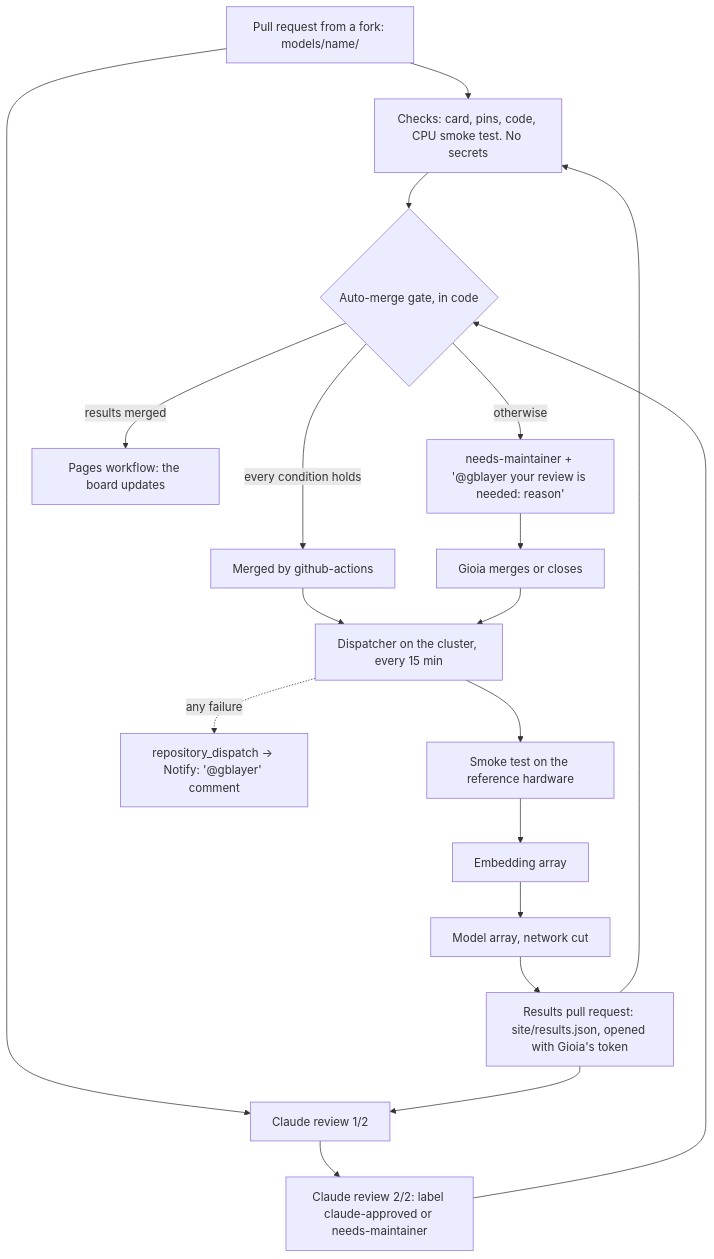
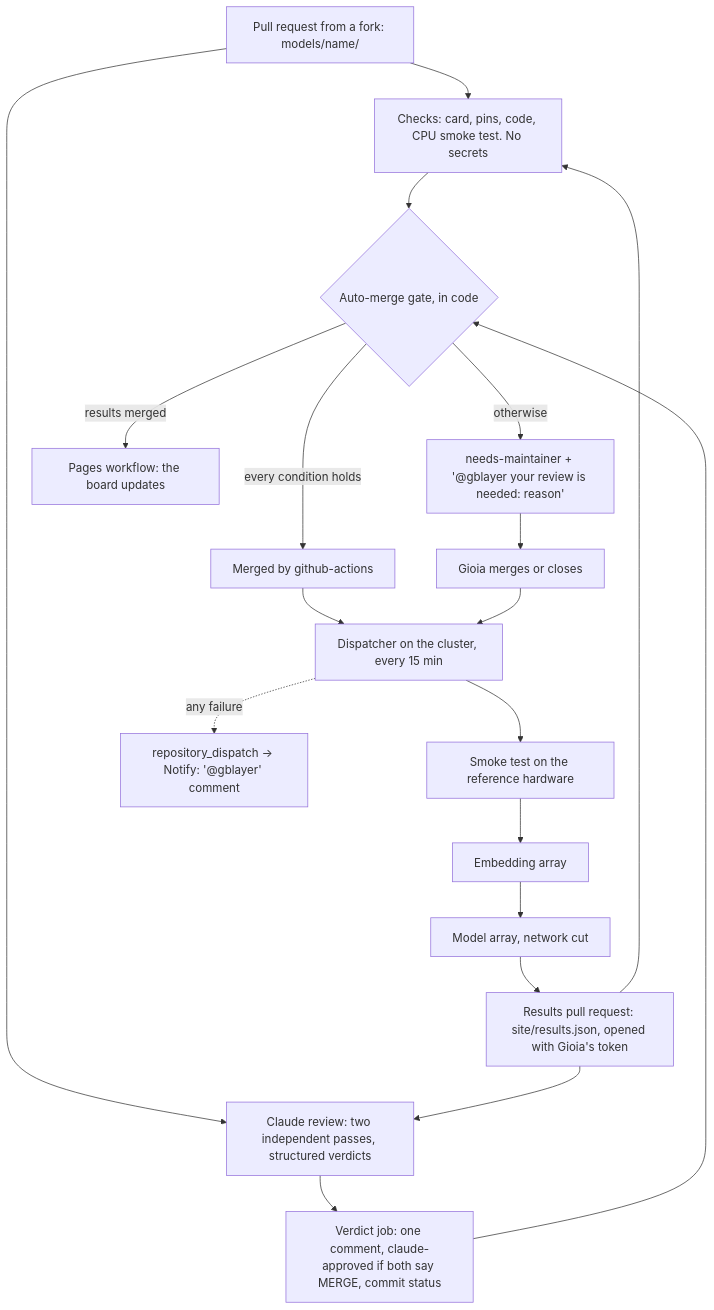
Before and after one commit to gblayer/strable-leaderboard: the diagram in docs/automation.md, drawn with Mermaid. The commit also changed other lines of this file and 7 other files, not shown here.

````diff
--- a/docs/automation.md
+++ b/docs/automation.md
@@ -3,19 +3,19 @@
 ```mermaid
 flowchart TD
   A[Pull request from a fork: models/name/] --> B[Checks: card, pins, code, CPU smoke test. No secrets]
-  A --> C[Claude review 1/2]
-  C --> D[Claude review 2/2: label claude-approved or needs-maintainer]
+  A --> C[Claude review: two independent passes, structured verdicts]
+  C --> D[Verdict job: one comment, claude-approved if both say MERGE, commit status]
   B --> G{Auto-merge gate, in code}
   D --> G
   G -- every condition holds --> M[Merged by github-actions]
   G -- otherwise --> N["needs-maintainer + '@gblayer your review is needed: reason'"]
   N --> H[Gioia merges or closes]
   M --> R[Dispatcher on the cluster, every 15 min]
   H --> R
   R --> S[Smoke test on the reference hardware] --> E[Embedding array] --> J[Model array, network cut]
   J --> P[Results pull request: site/results.json, opened with Gioia's token]
   P --> B
   P --> C
   G -- results merged --> W[Pages workflow: the board updates]
   R -. any failure .-> F[repository_dispatch -> Notify: '@gblayer' comment]
 ```
````
